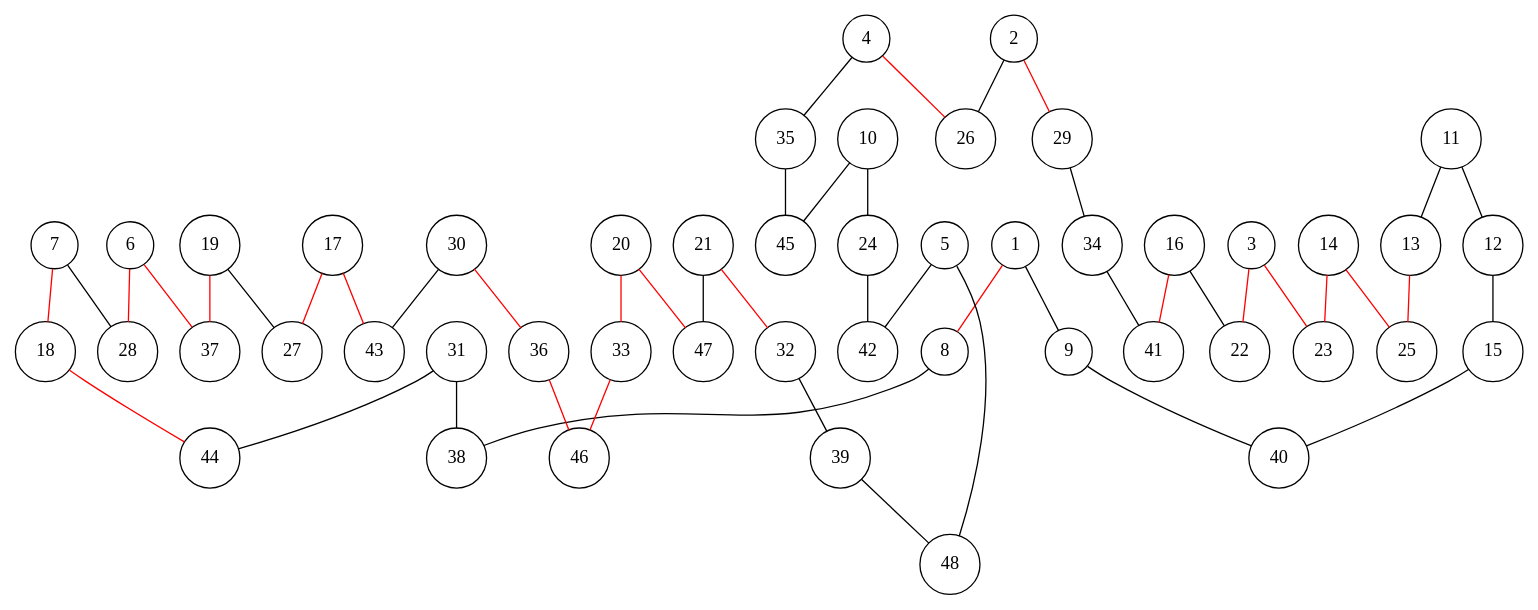
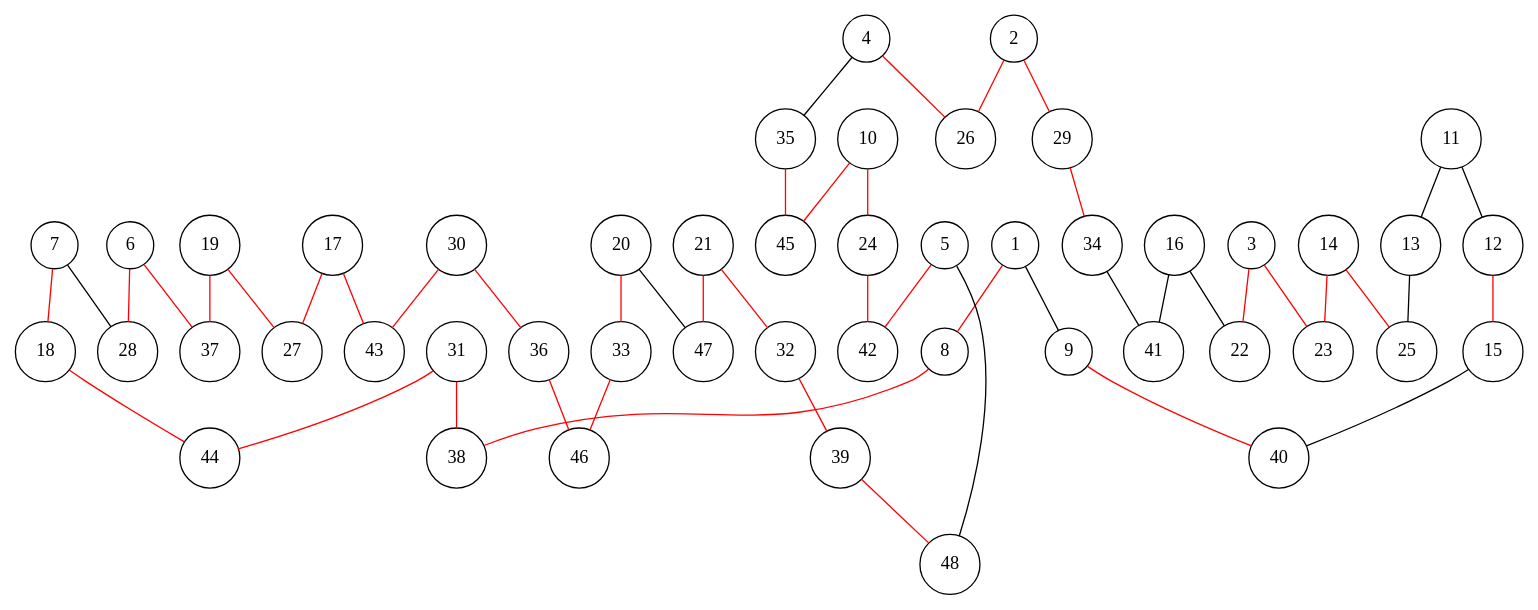
The diagram in data_tsplib/att48/att48.8.dot (lugot/tsp-approximation), drawn with Graphviz before and after one commit. The commit also changed 38 other files, not shown here.

```diff
--- a/data_tsplib/att48/att48.8.dot
+++ b/data_tsplib/att48/att48.8.dot
@@ -1,100 +1,100 @@
 graph att48 {
 	node [shape=circle fillcolor=white]
 	1 [ pos = "17.351198,3.743880!"]
 	2 [ pos = "5.753672,0.025767!"]
 	3 [ pos = "14.248905,3.669157!"]
 	4 [ pos = "1.033239,2.166967!"]
 	5 [ pos = "7.941252,4.236022!"]
 	6 [ pos = "19.603195,11.486730!"]
 	7 [ pos = "19.513012,9.574852!"]
 	8 [ pos = "18.719402,3.267199!"]
 	9 [ pos = "17.773770,4.856996!"]
 	10 [ pos = "2.865241,5.279567!"]
 	11 [ pos = "14.089152,6.714764!"]
 	12 [ pos = "15.431590,7.402731!"]
 	13 [ pos = "12.125741,6.889977!"]
 	14 [ pos = "11.883535,5.243494!"]
 	15 [ pos = "16.354032,6.913167!"]
 	16 [ pos = "15.735635,1.723783!"]
 	17 [ pos = "19.610925,13.357382!"]
 	18 [ pos = "19.227003,9.250193!"]
 	19 [ pos = "19.922700,12.169544!"]
 	20 [ pos = "15.202267,9.175470!"]
 	21 [ pos = "11.551147,8.680752!"]
 	22 [ pos = "15.720175,2.860088!"]
 	23 [ pos = "13.396032,5.622262!"]
 	24 [ pos = "4.207678,7.237825!"]
 	25 [ pos = "11.097655,5.982994!"]
 	26 [ pos = "1.739242,2.592115!"]
 	27 [ pos = "19.466632,12.416903!"]
 	28 [ pos = "19.430559,10.257666!"]
 	29 [ pos = "8.186035,1.947952!"]
 	30 [ pos = "18.943571,11.610410!"]
 	31 [ pos = "19.440866,7.217212!"]
 	32 [ pos = "8.361247,8.515846!"]
 	33 [ pos = "16.557588,8.175728!"]
 	34 [ pos = "11.873229,3.086833!"]
 	35 [ pos = "0.059263,5.709869!"]
 	36 [ pos = "18.675599,9.737181!"]
 	37 [ pos = "20.000000,11.839732!"]
 	38 [ pos = "19.046637,5.782015!"]
 	39 [ pos = "8.977068,7.289358!"]
 	40 [ pos = "16.158207,5.501159!"]
 	41 [ pos = "12.844628,0.360732!"]
 	42 [ pos = "4.936872,4.042772!"]
 	43 [ pos = "18.758052,12.623035!"]
 	44 [ pos = "19.348106,8.345787!"]
 	45 [ pos = "0.025767,6.895130!"]
 	46 [ pos = "17.539294,7.711930!"]
 	47 [ pos = "13.359959,8.394744!"]
 	48 [ pos = "7.789230,5.003865!"]
 
 	1 -- 8 [color = red]
 	1 -- 9 [color = black]
-	2 -- 26 [color = black]
+	2 -- 26 [color = red]
 	2 -- 29 [color = red]
 	3 -- 22 [color = red]
 	3 -- 23 [color = red]
 	4 -- 26 [color = red]
 	4 -- 35 [color = black]
-	5 -- 42 [color = black]
+	5 -- 42 [color = red]
 	5 -- 48 [color = black]
 	6 -- 28 [color = red]
 	6 -- 37 [color = red]
 	7 -- 18 [color = red]
 	7 -- 28 [color = black]
-	8 -- 38 [color = black]
-	9 -- 40 [color = black]
-	10 -- 24 [color = black]
-	10 -- 45 [color = black]
+	8 -- 38 [color = red]
+	9 -- 40 [color = red]
+	10 -- 24 [color = red]
+	10 -- 45 [color = red]
 	11 -- 12 [color = black]
 	11 -- 13 [color = black]
-	12 -- 15 [color = black]
-	13 -- 25 [color = red]
+	12 -- 15 [color = red]
+	13 -- 25 [color = black]
 	14 -- 23 [color = red]
 	14 -- 25 [color = red]
 	15 -- 40 [color = black]
 	16 -- 22 [color = black]
-	16 -- 41 [color = red]
+	16 -- 41 [color = black]
 	17 -- 27 [color = red]
 	17 -- 43 [color = red]
 	18 -- 44 [color = red]
-	19 -- 27 [color = black]
+	19 -- 27 [color = red]
 	19 -- 37 [color = red]
 	20 -- 33 [color = red]
-	20 -- 47 [color = red]
+	20 -- 47 [color = black]
 	21 -- 32 [color = red]
-	21 -- 47 [color = black]
-	24 -- 42 [color = black]
-	29 -- 34 [color = black]
+	21 -- 47 [color = red]
+	24 -- 42 [color = red]
+	29 -- 34 [color = red]
 	30 -- 36 [color = red]
-	30 -- 43 [color = black]
-	31 -- 38 [color = black]
-	31 -- 44 [color = black]
-	32 -- 39 [color = black]
+	30 -- 43 [color = red]
+	31 -- 38 [color = red]
+	31 -- 44 [color = red]
+	32 -- 39 [color = red]
 	33 -- 46 [color = red]
 	34 -- 41 [color = black]
-	35 -- 45 [color = black]
+	35 -- 45 [color = red]
 	36 -- 46 [color = red]
-	39 -- 48 [color = black]
+	39 -- 48 [color = red]
 }
```
